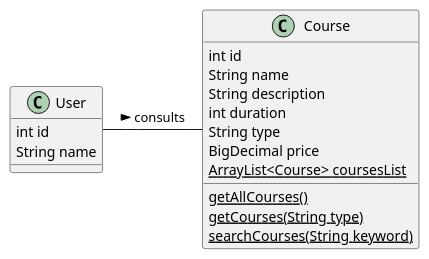
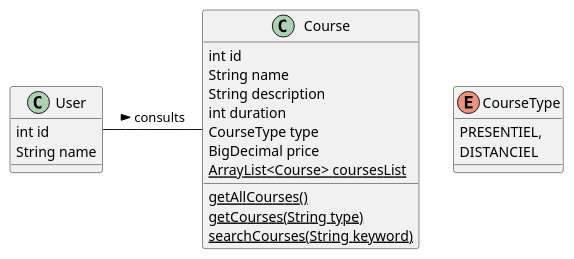
One commit to matthieu-27/eval_java_formations changed the diagram in uml_db/ClassDiagram.puml. Above: the diagram before and after it, drawn with PlantUML.

Commit message:
feat: ajout de l'enum dans le diagramme de classe

```diff
--- a/uml_db/ClassDiagram.puml
+++ b/uml_db/ClassDiagram.puml
@@ -1,23 +1,27 @@
 @startuml
 'https://plantuml.com/class-diagram
 class User{
 int id
 String name
 }
 class Course{
 int id
 String name
 String description
 int duration
-String type
+CourseType type
 BigDecimal price
 {static} ArrayList<Course> coursesList
 {static} getAllCourses()
 {static} getCourses(String type)
 {static} searchCourses(String keyword)
 }
 
 User -right- Course : > consults
 
+enum CourseType{
+    PRESENTIEL,
+    DISTANCIEL
+}
 
 @enduml
```
